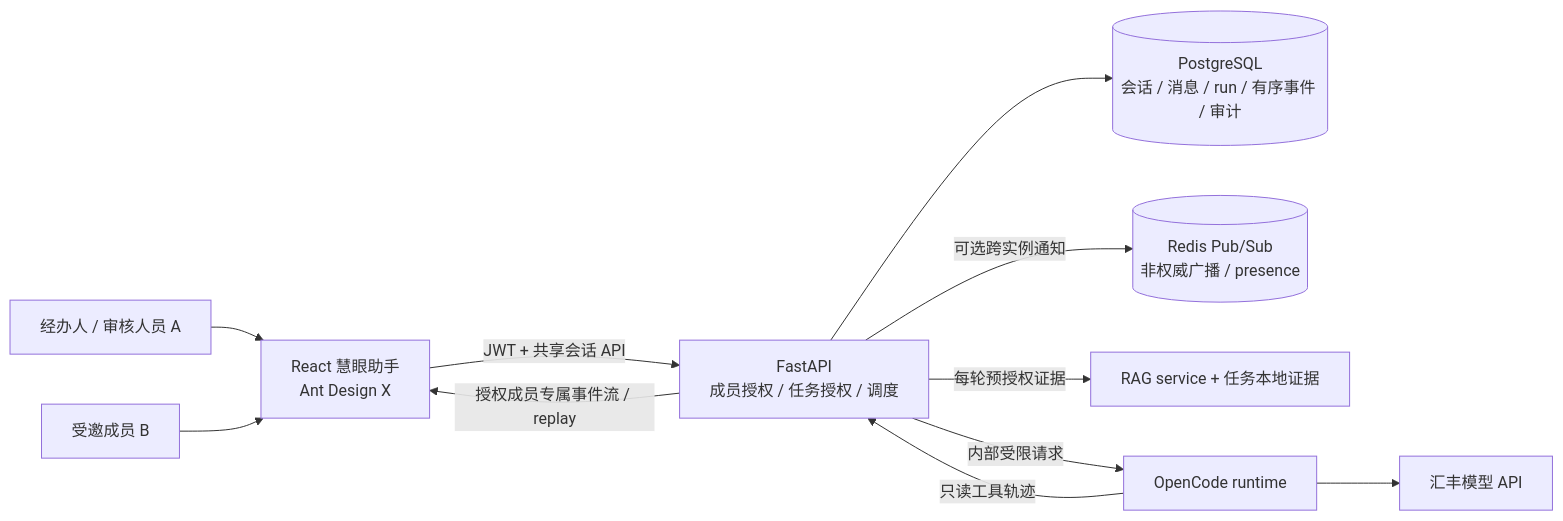
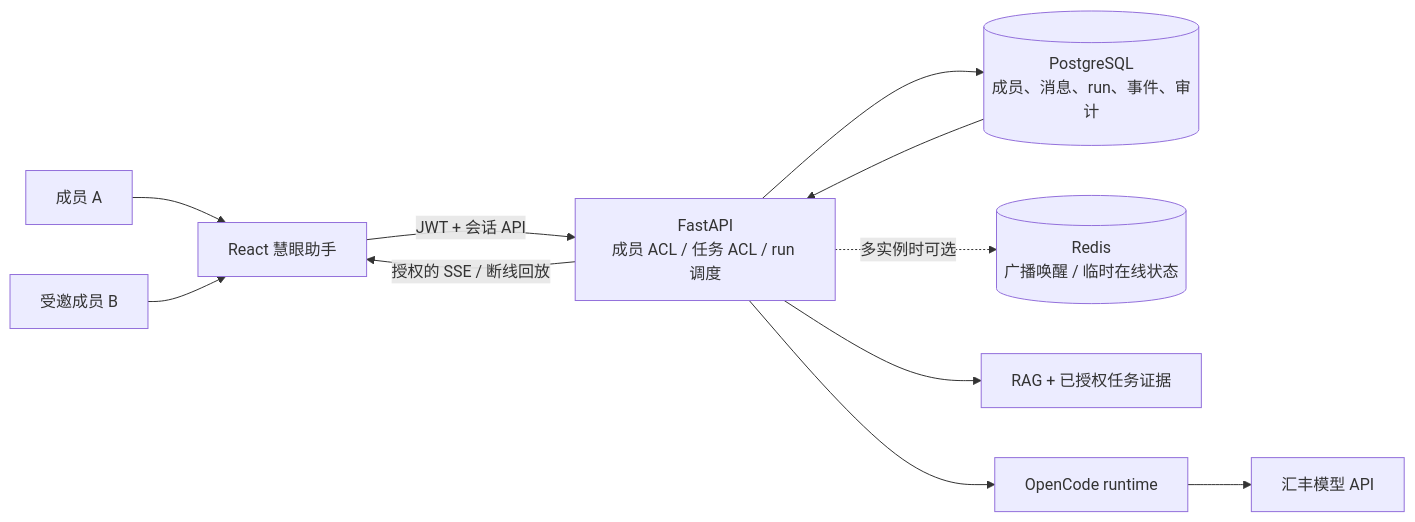
Before and after one commit to HBCN-AI-Campaign/HBCN-AI-Campaign-Team8: the second of 5 diagrams in docs/ai-assistant/多人协作AI对话调研与优化方案.md, drawn with Mermaid. The commit also changed other lines of this file and 2 other files, not shown here.

````diff
--- a/docs/ai-assistant/多人协作AI对话调研与优化方案.md
+++ b/docs/ai-assistant/多人协作AI对话调研与优化方案.md
@@ -78,13 +72,13 @@
 ```mermaid
 flowchart LR
-  A[经办人 / 审核人员 A] --> WEB[React 慧眼助手<br/>Ant Design X]
+  A[成员 A] --> WEB[React 慧眼助手]
   B[受邀成员 B] --> WEB
-  WEB -->|JWT + 共享会话 API| API[FastAPI<br/>成员授权 / 任务授权 / 调度]
-  API --> PG[(PostgreSQL<br/>会话 / 消息 / run / 有序事件 / 审计)]
-  API -->|可选跨实例通知| REDIS[(Redis Pub/Sub<br/>非权威广播 / presence)]
-  API -->|每轮预授权证据| RAG[RAG service + 任务本地证据]
-  API -->|内部受限请求| RT[OpenCode runtime]
+  WEB -->|JWT + 会话 API| API[FastAPI<br/>成员 ACL / 任务 ACL / run 调度]
+  API --> PG[(PostgreSQL<br/>成员、消息、run、事件、审计)]
+  API -.多实例时可选.-> REDIS[(Redis<br/>广播唤醒 / 临时在线状态)]
+  API --> RAG[RAG + 已授权任务证据]
+  API --> RT[OpenCode runtime]
   RT --> HSBC[汇丰模型 API]
-  RT -->|只读工具轨迹| API
-  API -->|授权成员专属事件流 / replay| WEB
+  PG --> API
+  API -->|授权的 SSE / 断线回放| WEB
 ```
````
